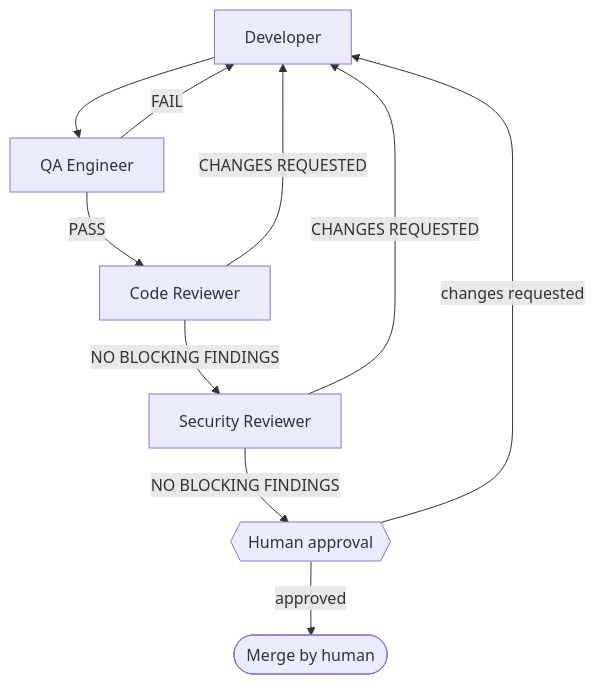
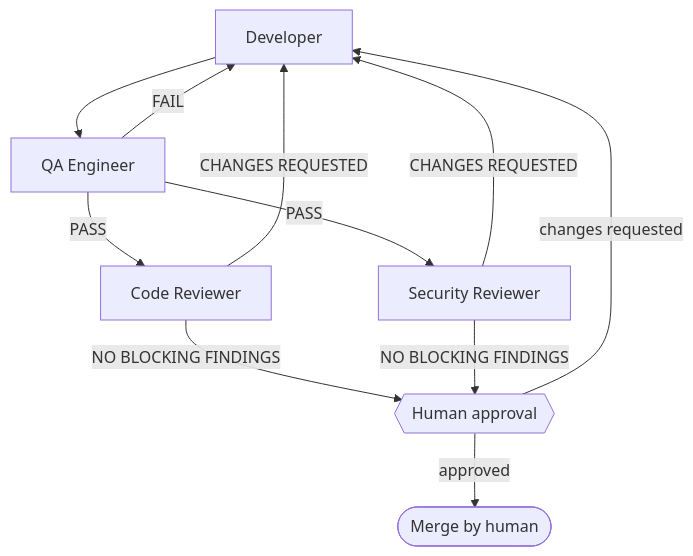
One commit to eliangilsierra/openhands-agent-team changed the second of 5 diagrams in docs/workflow.md. Above: the diagram before and after it, drawn with Mermaid. The commit also changed other lines of this file and 11 other files, not shown here.

````diff
--- a/docs/workflow.md
+++ b/docs/workflow.md
@@ -37,12 +40,13 @@
 ```mermaid
 flowchart TD
     dev[Developer] --> qa[QA Engineer]
     qa -->|FAIL| dev
     qa -->|PASS| cr[Code Reviewer]
+    qa -->|PASS| sr[Security Reviewer]
     cr -->|CHANGES REQUESTED| dev
-    cr -->|NO BLOCKING FINDINGS| sr[Security Reviewer]
     sr -->|CHANGES REQUESTED| dev
-    sr -->|NO BLOCKING FINDINGS| ha{{Human approval}}
+    cr -->|NO BLOCKING FINDINGS| ha{{Human approval}}
+    sr -->|NO BLOCKING FINDINGS| ha
     ha -->|changes requested| dev
     ha -->|approved| merged([Merge by human])
 ```
````
